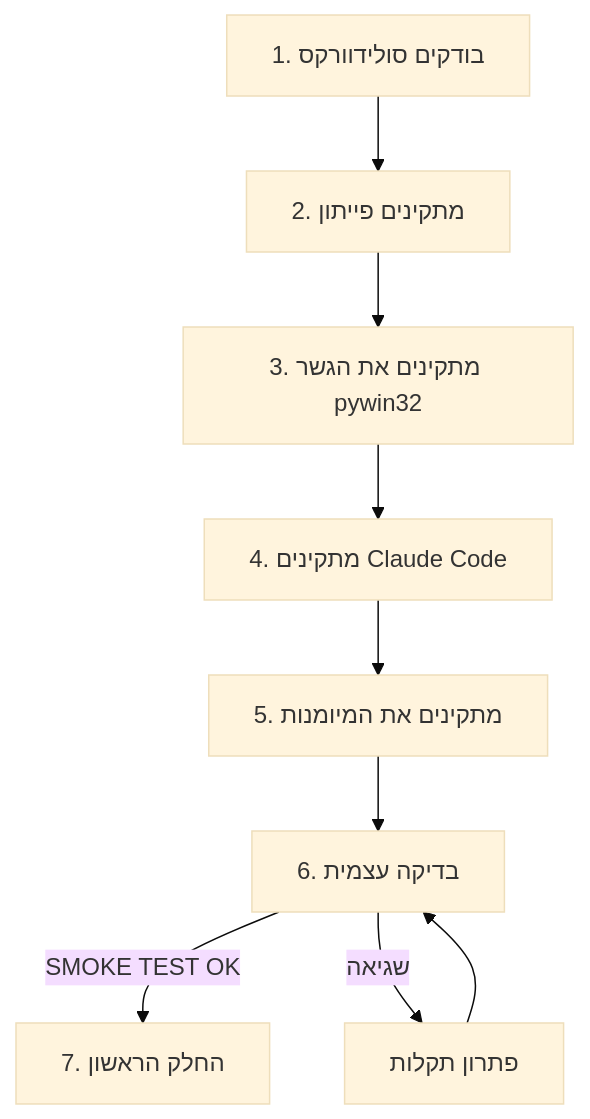
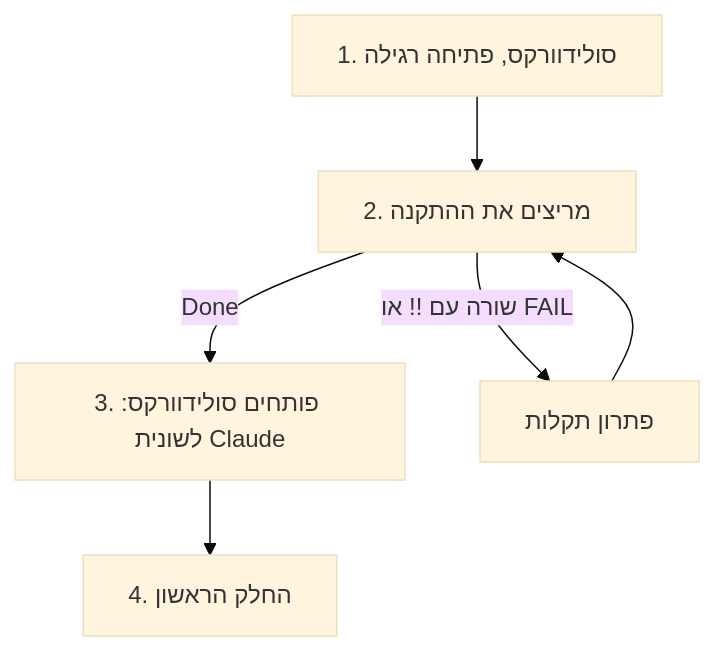
The diagram in docs/he/getting-started.md (YanirBarHazan/Claude-solidworks-pro), drawn with Mermaid (base theme) before and after one commit. The commit also changed other lines of this file and 19 other files, not shown here.

````diff
--- a/docs/he/getting-started.md
+++ b/docs/he/getting-started.md
@@ -9,11 +9,8 @@
 ```mermaid
 flowchart TD
-    A[1. בודקים סולידוורקס] --> B[2. מתקינים פייתון]
-    B --> C[3. מתקינים את הגשר pywin32]
-    C --> D[4. מתקינים Claude Code]
-    D --> E[5. מתקינים את המיומנות]
-    E --> F[6. בדיקה עצמית]
-    F -->|SMOKE TEST OK| G[7. החלק הראשון]
-    F -->|שגיאה| T[פתרון תקלות]
-    T --> F
+    A[1. סולידוורקס, פתיחה רגילה] --> B[2. מריצים את ההתקנה]
+    B -->|Done| C[3. פותחים סולידוורקס: לשונית Claude]
+    C --> D[4. החלק הראשון]
+    B -->|שורה עם !! או FAIL| T[פתרון תקלות]
+    T --> B
 ```
````
